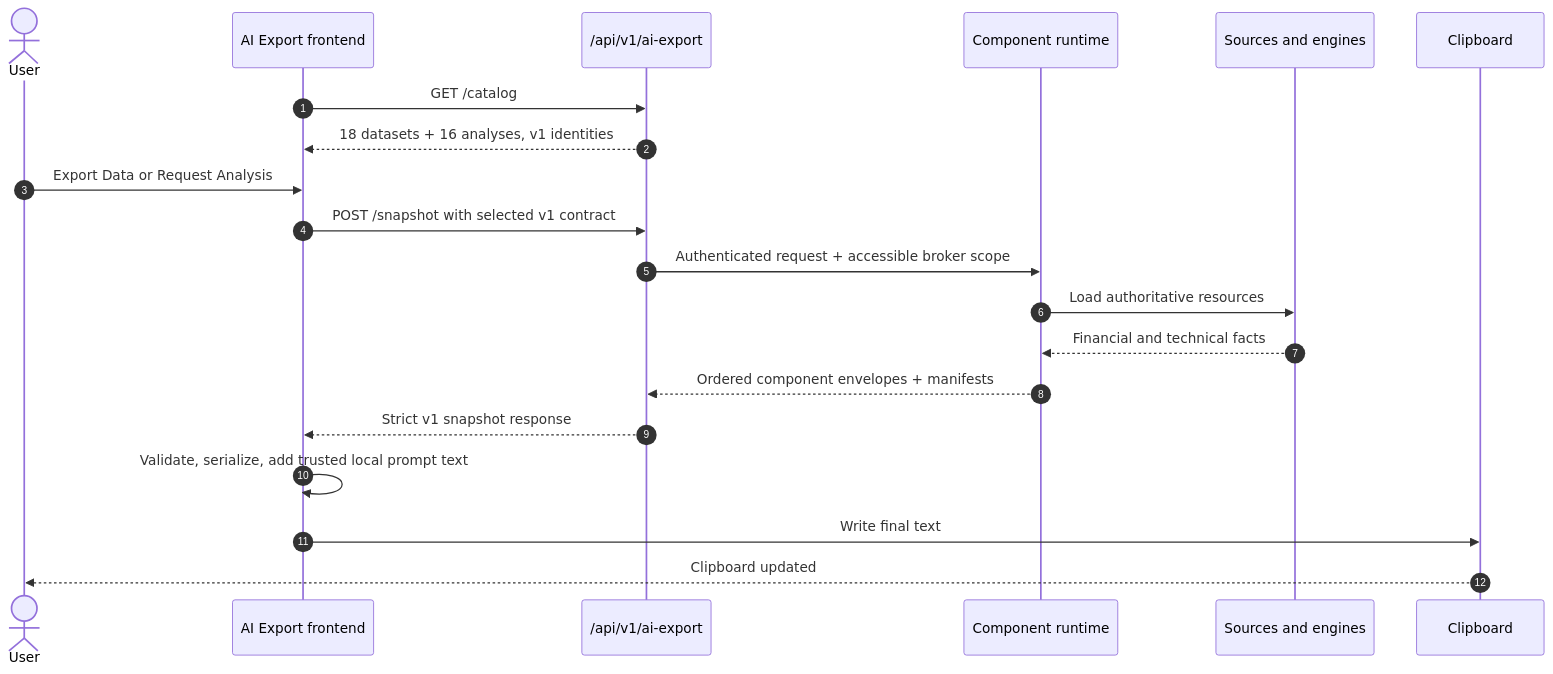
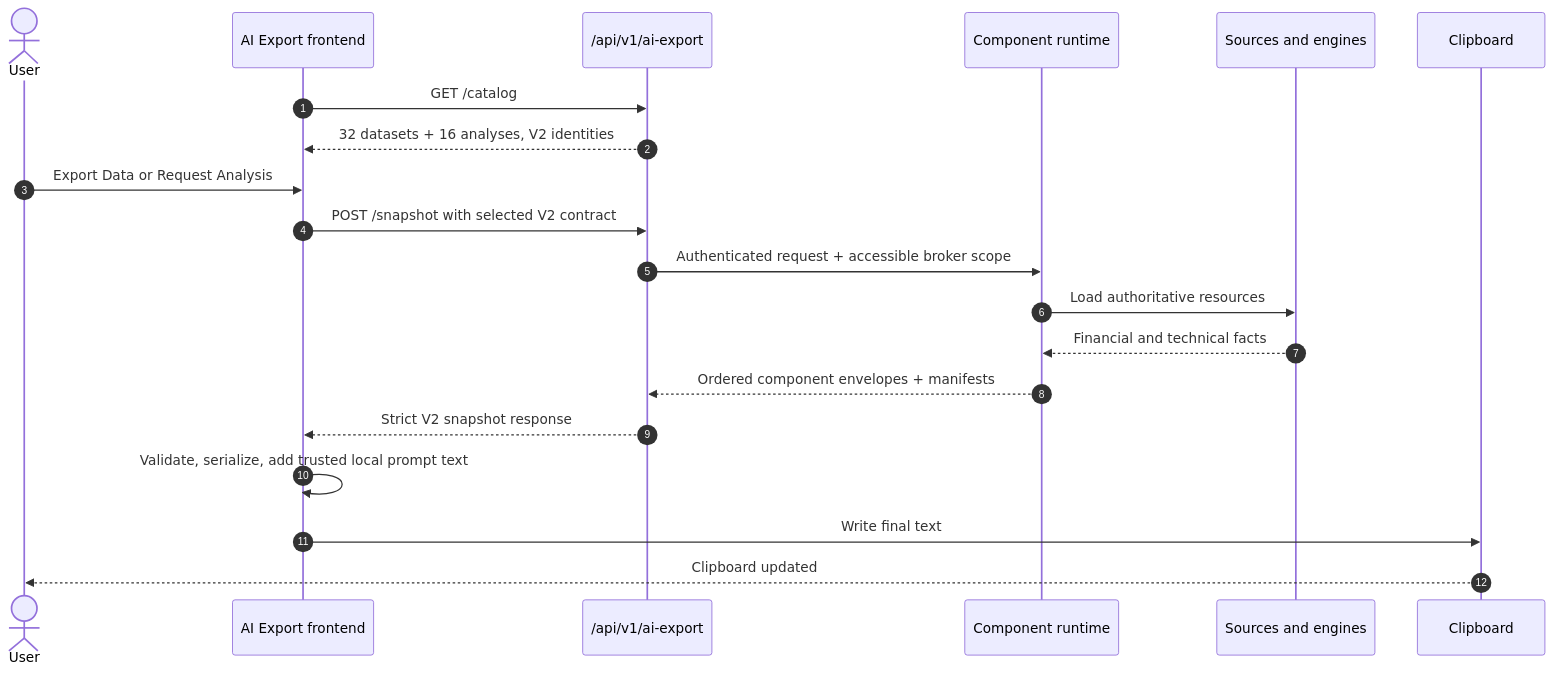
The second of 2 diagrams in mkdocs_src/docs/developer/architecture/patterns/ai_export_snapshot.md (Librefolio/LibreFolio), drawn with Mermaid before and after one commit. The commit also changed other lines of this file and 97 other files, not shown here.

````diff
--- a/mkdocs_src/docs/developer/architecture/patterns/ai_export_snapshot.md
+++ b/mkdocs_src/docs/developer/architecture/patterns/ai_export_snapshot.md
@@ -44,23 +46,23 @@
 ```mermaid
 sequenceDiagram
     autonumber
     actor U as User
     participant F as AI Export frontend
     participant A as /api/v1/ai-export
     participant R as Component runtime
     participant S as Sources and engines
     participant C as Clipboard
 
     F->>A: GET /catalog
-    A-->>F: 18 datasets + 16 analyses, v1 identities
+    A-->>F: 32 datasets + 16 analyses, V2 identities
     U->>F: Export Data or Request Analysis
-    F->>A: POST /snapshot with selected v1 contract
+    F->>A: POST /snapshot with selected V2 contract
     A->>R: Authenticated request + accessible broker scope
     R->>S: Load authoritative resources
     S-->>R: Financial and technical facts
     R-->>A: Ordered component envelopes + manifests
-    A-->>F: Strict v1 snapshot response
+    A-->>F: Strict V2 snapshot response
     F->>F: Validate, serialize, add trusted local prompt text
     F->>C: Write final text
     C-->>U: Clipboard updated
 ```
````
